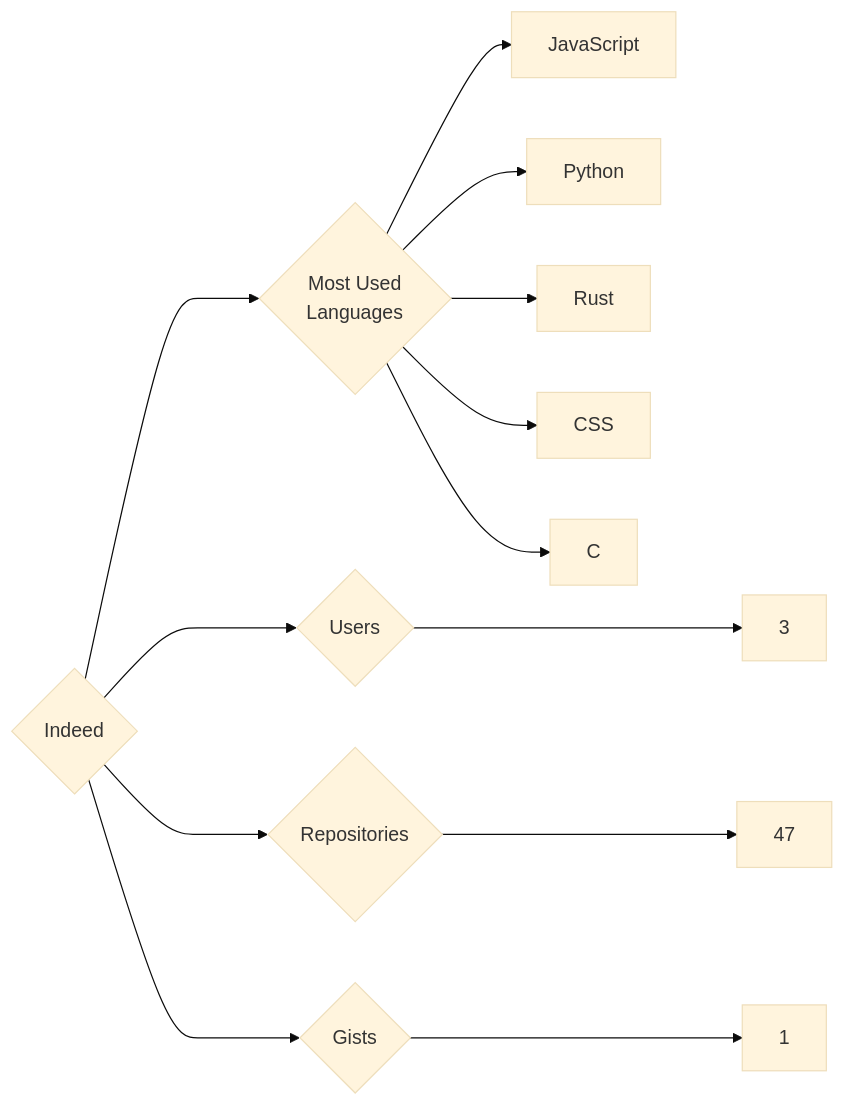
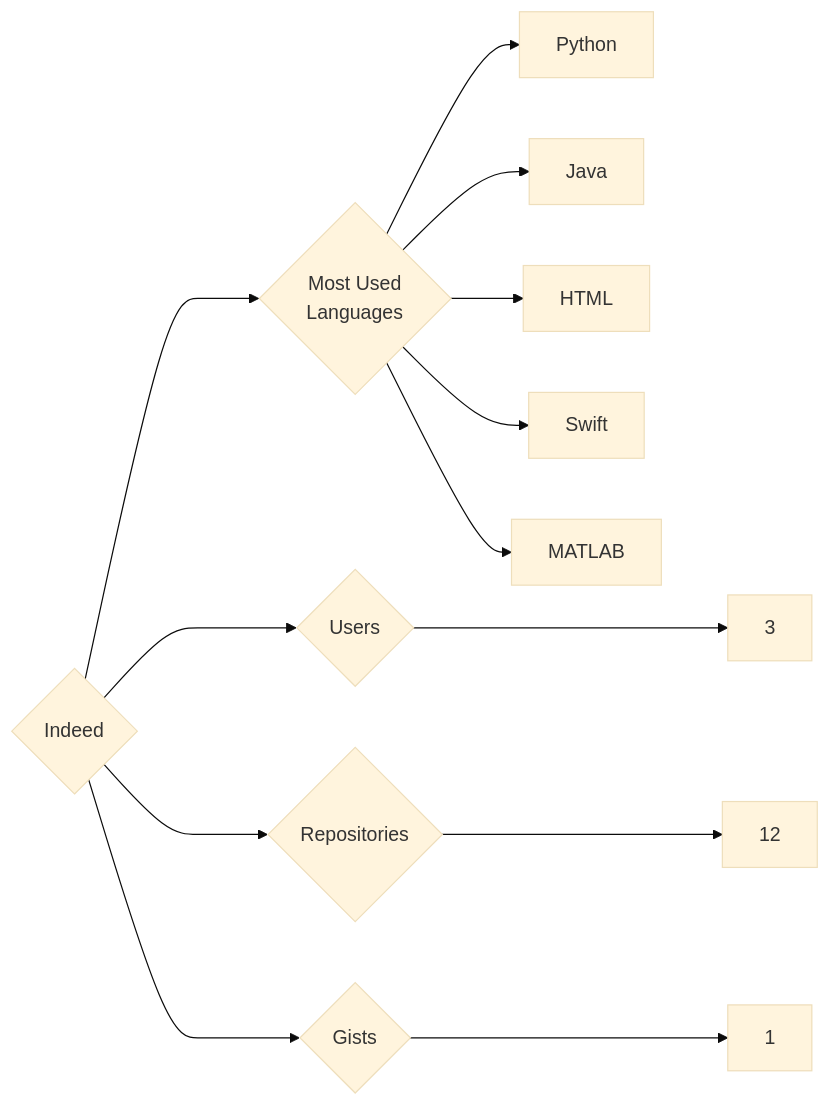
One commit to trickest/insiders changed the diagram in targets/Indeed/README.md. Above: the diagram before and after it, drawn with Mermaid (base theme). The commit also changed 718 other files, not shown here.

````diff
--- a/targets/Indeed/README.md
+++ b/targets/Indeed/README.md
@@ -3,13 +3,13 @@
 ```mermaid
 graph LR
 COMPANY_NAME{Indeed}
 COMPANY_NAME ---> U{Users} ---> UN[3]
-COMPANY_NAME ---> R{Repositories} ---> RN[47]
+COMPANY_NAME ---> R{Repositories} ---> RN[12]
 COMPANY_NAME ---> G{Gists} ---> GN[1]
 COMPANY_NAME ---> ML{Most Used<br>Languages}
-ML --> JavaScript[JavaScript]
 ML --> Python[Python]
-ML --> Rust[Rust]
-ML --> CSS[CSS]
-ML --> C[C]
+ML --> Java[Java]
+ML --> HTML[HTML]
+ML --> Swift[Swift]
+ML --> MATLAB[MATLAB]
 ```
````
